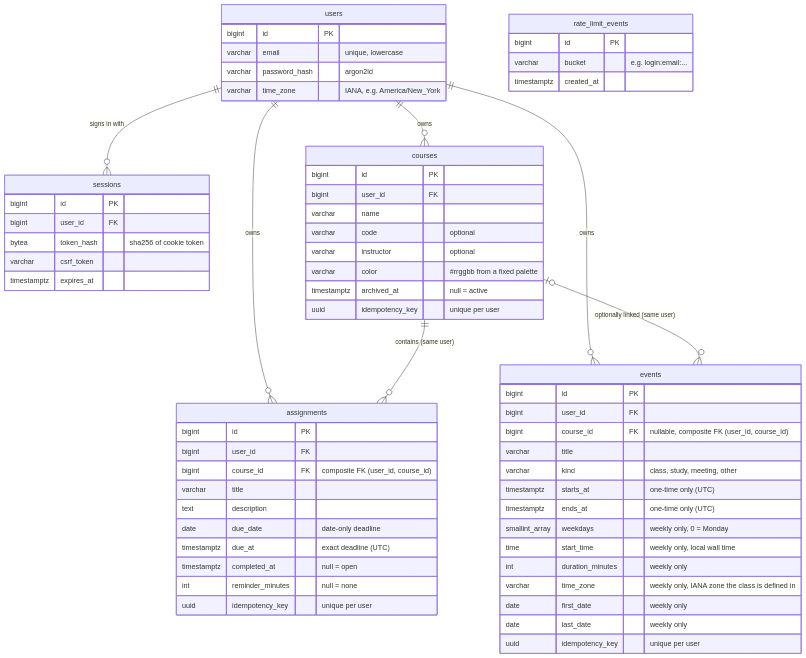
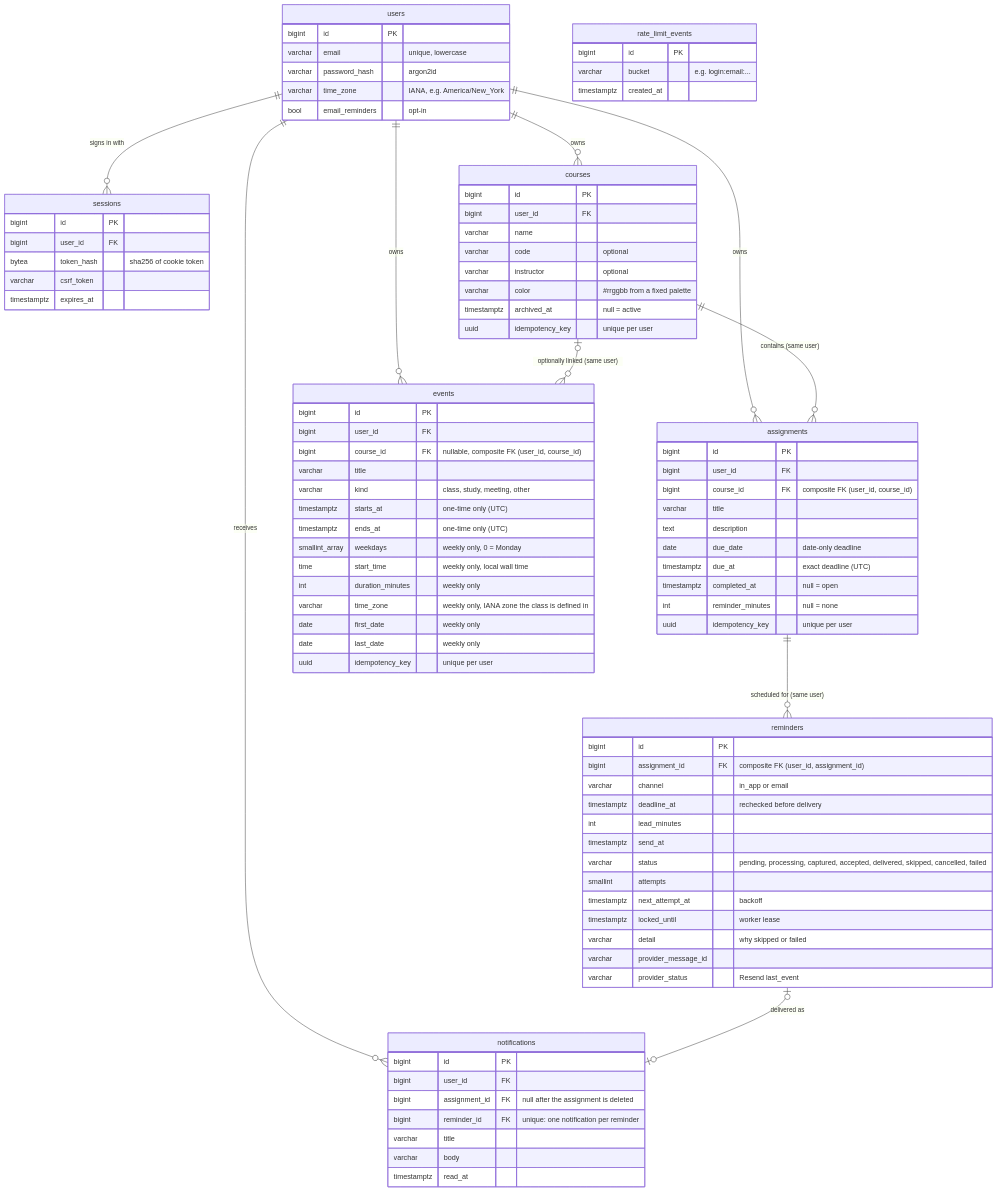
The second of 2 diagrams in README.md (kplaza1009-create/campusflow), drawn with Mermaid before and after one commit. The commit also changed other lines of this file and 16 other files, not shown here.

```diff
--- a/README.md
+++ b/README.md
@@ -62,11 +67,15 @@
   courses ||--o{ assignments : "contains (same user)"
   users ||--o{ events : owns
   courses |o--o{ events : "optionally linked (same user)"
+  assignments ||--o{ reminders : "scheduled for (same user)"
+  users ||--o{ notifications : receives
+  reminders |o--o| notifications : "delivered as"
   users {
     bigint id PK
     varchar email "unique, lowercase"
     varchar password_hash "argon2id"
     varchar time_zone "IANA, e.g. America/New_York"
+    bool email_reminders "opt-in"
   }
   sessions {
     bigint id PK
@@ -113,6 +122,30 @@
     date last_date "weekly only"
     uuid idempotency_key "unique per user"
   }
+  reminders {
+    bigint id PK
+    bigint assignment_id FK "composite FK (user_id, assignment_id)"
+    varchar channel "in_app or email"
+    timestamptz deadline_at "rechecked before delivery"
+    int lead_minutes
+    timestamptz send_at
+    varchar status "pending, processing, captured, accepted, delivered, skipped, cancelled, failed"
+    smallint attempts
+    timestamptz next_attempt_at "backoff"
+    timestamptz locked_until "worker lease"
+    varchar detail "why skipped or failed"
+    varchar provider_message_id
+    varchar provider_status "Resend last_event"
+  }
+  notifications {
+    bigint id PK
+    bigint user_id FK
+    bigint assignment_id FK "null after the assignment is deleted"
+    bigint reminder_id FK "unique: one notification per reminder"
+    varchar title
+    varchar body
+    timestamptz read_at
+  }
   rate_limit_events {
     bigint id PK
     varchar bucket "e.g. login:email:..."
```
